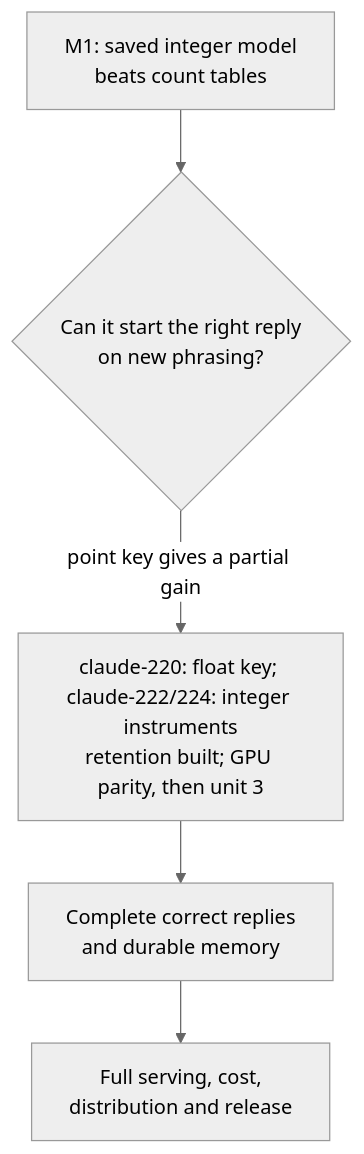
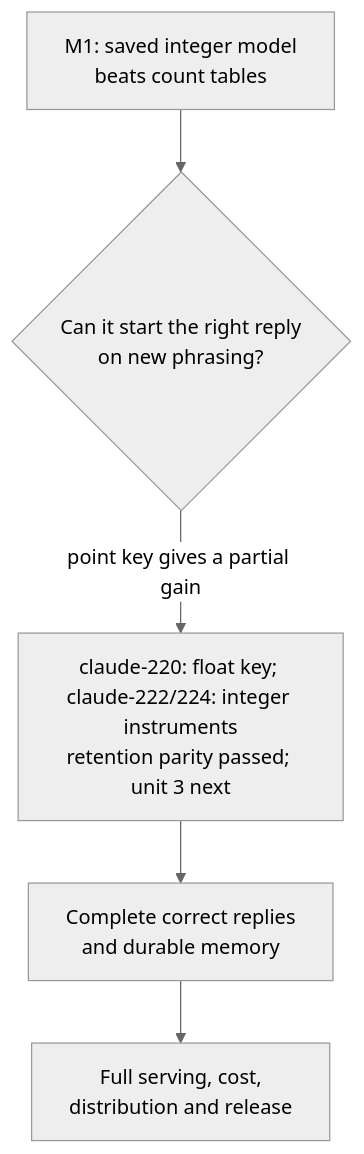
One commit to UOR-Foundation/uor-r4 changed the diagram in docs/research/open-questions.md. Above: the diagram before and after it, drawn with Mermaid (neutral theme). The commit also changed other lines of this file and 29 other files, not shown here.

Commit message:
[kimi] Record the passing retention parity

````diff
--- a/docs/research/open-questions.md
+++ b/docs/research/open-questions.md
@@ -8,7 +8,7 @@
 ```mermaid
 flowchart TD
   A["M1: saved integer model<br/>beats count tables"] --> B{"Can it start the right reply<br/>on new phrasing?"}
-  B -- "point key gives a partial gain" --> M["claude-220: float key; claude-222/224: integer instruments<br/>retention built; GPU parity, then unit 3"]
+  B -- "point key gives a partial gain" --> M["claude-220: float key; claude-222/224: integer instruments<br/>retention parity passed; unit 3 next"]
   M --> R["Complete correct replies<br/>and durable memory"]
   R --> S["Full serving, cost,<br/>distribution and release"]
 ```
````
